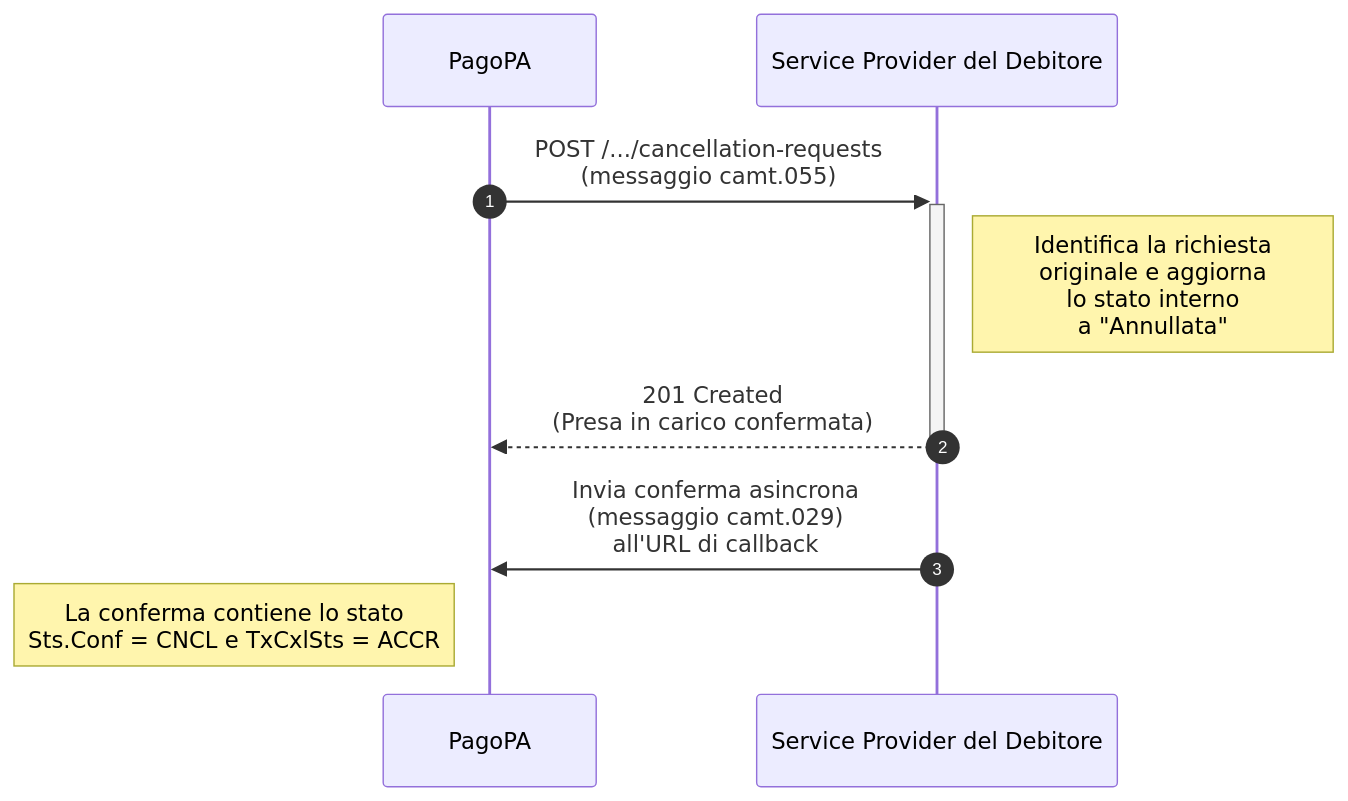
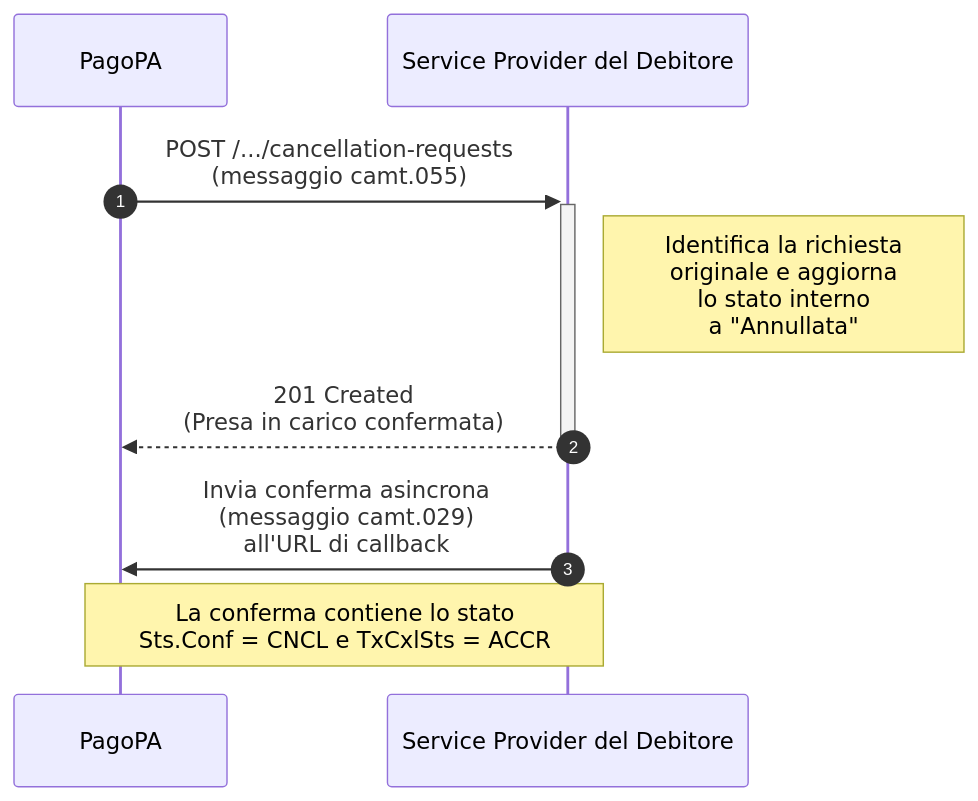
The diagram in docs/ehvH7YE5R9GDHFFfnCv1/tutorial/come-ricevere-e-gestire-una-richiesta-di-cancellazione.md (pagopa/devportal-docs), drawn with Mermaid before and after one commit.

Commit message:
GITBOOK-33: FIX-DEV3002

````diff
--- a/docs/ehvH7YE5R9GDHFFfnCv1/tutorial/come-ricevere-e-gestire-una-richiesta-di-cancellazione.md
+++ b/docs/ehvH7YE5R9GDHFFfnCv1/tutorial/come-ricevere-e-gestire-una-richiesta-di-cancellazione.md
@@ -73,16 +73,16 @@
 ```mermaid
 sequenceDiagram
     autonumber
     
     participant PA as PagoPA
     participant SP as Service Provider del Debitore
 
     %% Flusso Sincrono: Ricezione e Presa in Carico
     PA->>+SP: POST /.../cancellation-requests <br>(messaggio camt.055)
     Note right of SP: Identifica la richiesta <br> originale e aggiorna <br> lo stato interno <br> a "Annullata"
     SP-->>-PA: 201 Created <br>(Presa in carico confermata)
 
     %% Flusso Asincrono: Notifica di Conferma
     SP->>PA: Invia conferma asincrona<br> (messaggio camt.029) <br> all'URL di callback
-    Note left of PA: La conferma contiene lo stato<br>Sts.Conf = CNCL e TxCxlSts = ACCR
+    Note over  PA, SP : La conferma contiene lo stato<br>Sts.Conf = CNCL e TxCxlSts = ACCR
 ```
````
